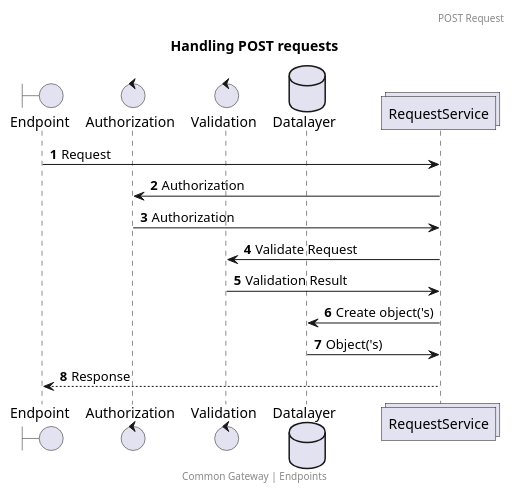
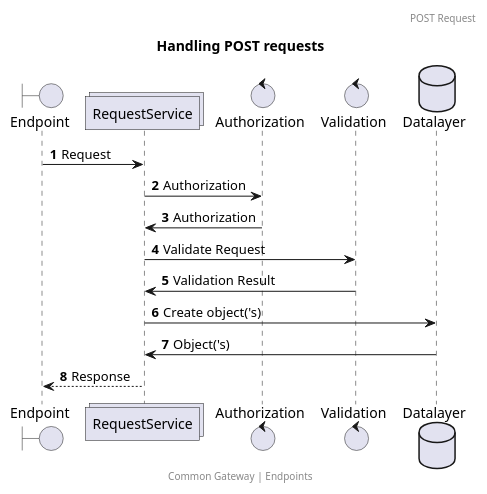
One commit to CommonGateway/CoreBundle changed the diagram in docs/features/request_post.puml. Above: the diagram before and after it, drawn with PlantUML. The commit also changed other lines of this file and 6 other files, not shown here.

Commit message:
Moved request service to propper place in puml's

```diff
--- a/docs/features/request_post.puml
+++ b/docs/features/request_post.puml
@@ -1,21 +1,21 @@
 @startuml
 title: Handling POST requests
 footer: Common Gateway | Endpoints
 header: POST Request
 autonumber
 
 boundary    Endpoint         as Endpoint
+collections RequestService   as RequestService
 control     Authorization    as Authorization
 control     Validation       as Validation
 database    Datalayer        as Datalayer
-collections RequestService   as RequestService
 
 Endpoint -> RequestService: Request
 RequestService -> Authorization  : Authorization
 Authorization -> RequestService  : Authorization
 RequestService -> Validation : Validate Request
 Validation -> RequestService : Validation Result
 RequestService -> Datalayer : Create object('s)
 Datalayer -> RequestService : Object('s)
 RequestService --> Endpoint: Response
 @enduml
```
